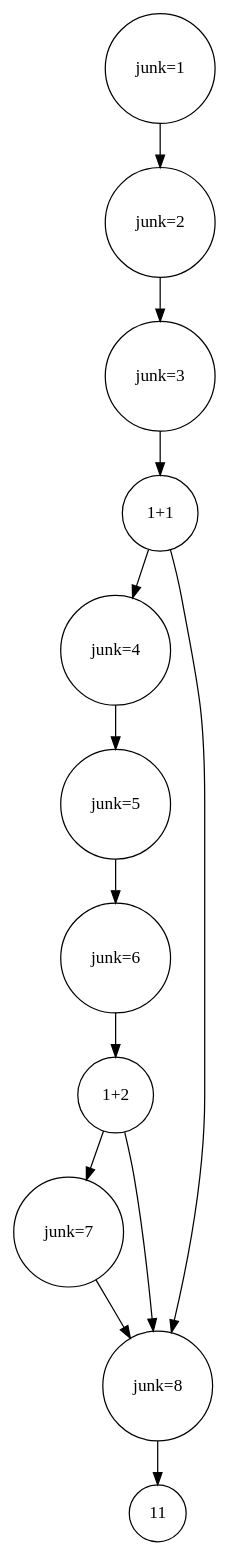
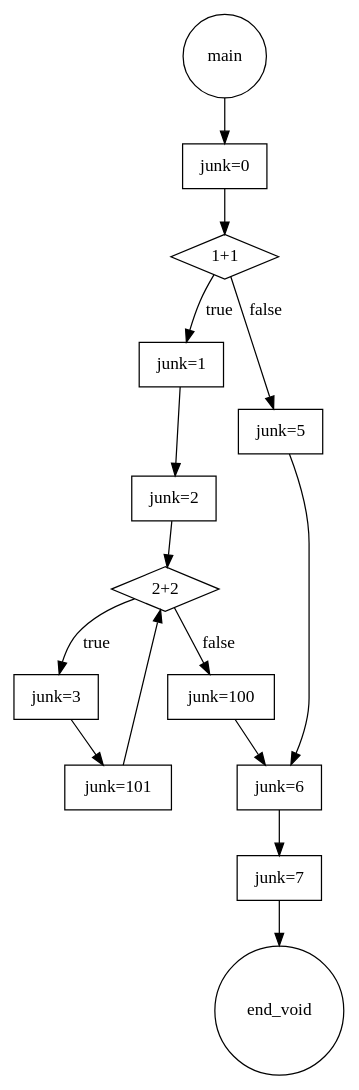
The diagram in fchart.dot (joshrobo/cs451flowchartGenerator), drawn with Graphviz before and after one commit. The commit also changed 4 other files, not shown here.

```diff
--- a/fchart.dot
+++ b/fchart.dot
@@ -1,15 +1,26 @@
 digraph {
 node [shape=circle]
-1->2
-1[label = "junk=1"]2->3
-2[label = "junk=2"]3->4
-3[label = "junk=3"]5->6
-5[label = "junk=4"]6->7
-6[label = "junk=5"]7->8
-7[label = "junk=6"]9->10
-9[label = "junk=7"]8->9
-8[label = "1+2"]8->10
+0->1
+0[label = "main"]1->2
+1[label = "junk=0", shape = "rectangle"]
+3->4
+3[label = "junk=1", shape = "rectangle"]
+4->5
+4[label = "junk=2", shape = "rectangle"]
+6->7
+6[label = "junk=3", shape = "rectangle"]
+     7[label = "junk=101", shape = "rectangle"]
+5->6[label=true]
+5[label = "2+2", shape=diamond]7->5
+5[label = "2+2"]5->8[label = false]
+     8[label = "junk=100", shape = "rectangle"]
+2->3[label="true"]
+2[label = "1+1",  shape = "diamond"]9->10
+9[label = "junk=5", shape = "rectangle"]
+2->9[label="false"]
+8->10
 10->11
-10[label = "junk=8"]4->5
-4[label = "1+1"]4->10
-}
+10[label = "junk=6", shape = "rectangle"]
+11->12
+11[label = "junk=7", shape = "rectangle"]
+12[label = "end_void"]}
```
